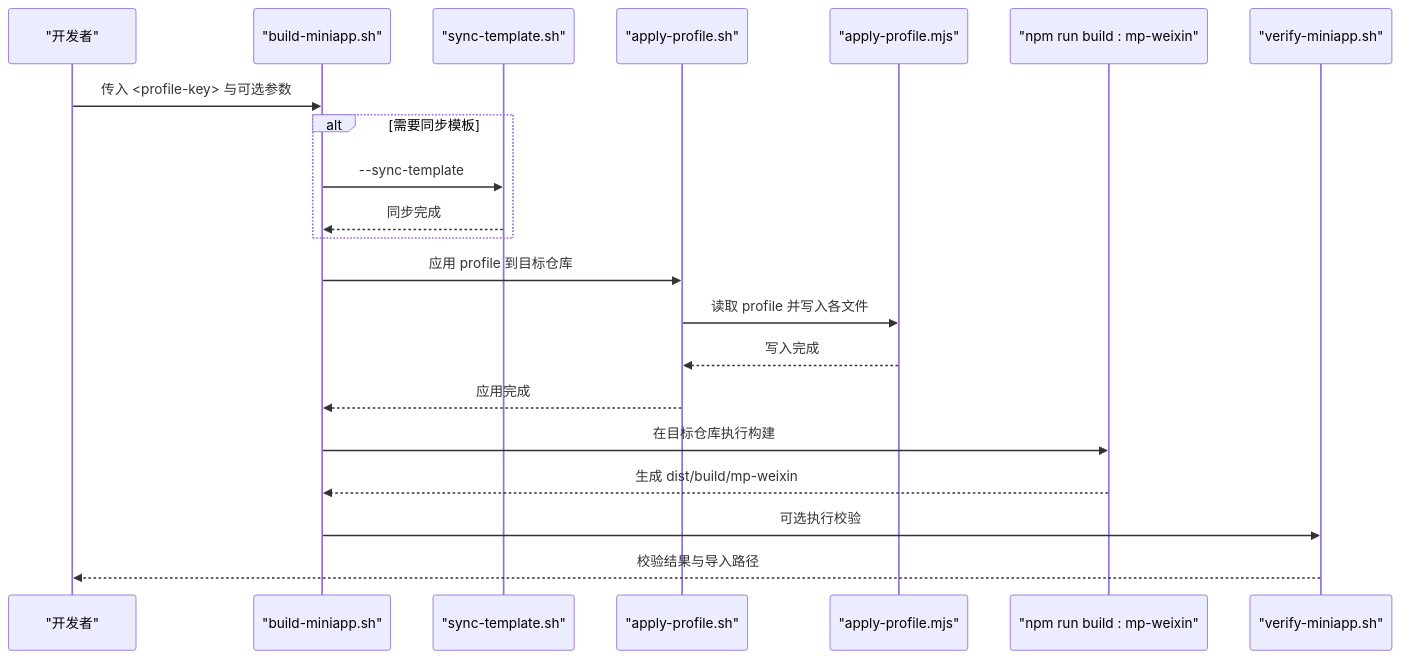
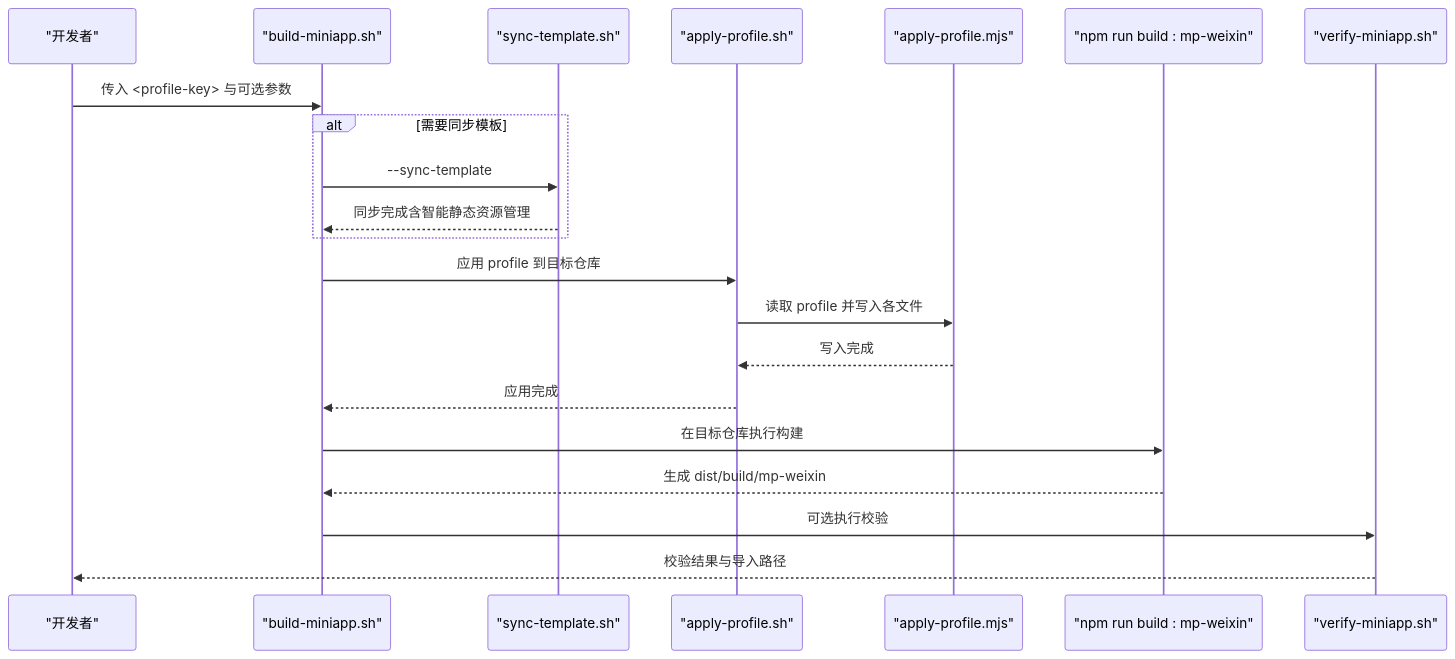
The second of 3 diagrams in .qoder/repowiki/zh/content/构建与部署/脚本使用手册.md (crazyma99/blueberry), drawn with Mermaid before and after one commit. The commit also changed other lines of this file and 13 other files, not shown here.

````diff
--- a/.qoder/repowiki/zh/content/构建与部署/脚本使用手册.md
+++ b/.qoder/repowiki/zh/content/构建与部署/脚本使用手册.md
@@ -112,23 +119,23 @@
 ```mermaid
 sequenceDiagram
 participant Dev as "开发者"
 participant Build as "build-miniapp.sh"
 participant Sync as "sync-template.sh"
 participant Apply as "apply-profile.sh"
 participant MJS as "apply-profile.mjs"
 participant NPM as "npm run build : mp-weixin"
 participant Verify as "verify-miniapp.sh"
 Dev->>Build : 传入 <profile-key> 与可选参数
 alt 需要同步模板
 Build->>Sync : --sync-template
-Sync-->>Build : 同步完成
+Sync-->>Build : 同步完成含智能静态资源管理
 end
 Build->>Apply : 应用 profile 到目标仓库
 Apply->>MJS : 读取 profile 并写入各文件
 MJS-->>Apply : 写入完成
 Apply-->>Build : 应用完成
 Build->>NPM : 在目标仓库执行构建
 NPM-->>Build : 生成 dist/build/mp-weixin
 Build->>Verify : 可选执行校验
 Verify-->>Dev : 校验结果与导入路径
 ```
````
